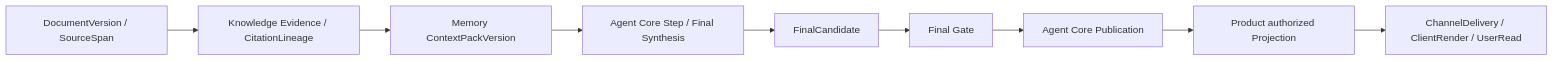
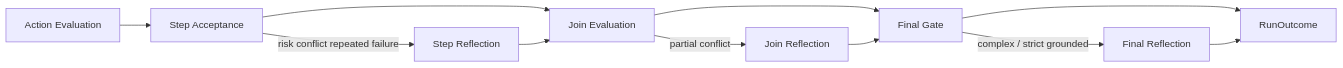
Before and after one commit to ProfessorZhi/Zuno: the fifth of 17 diagrams in docs/architecture/architecture-views.md, drawn with Mermaid. The commit also changed other lines of this file, not shown here.

Commit message:
docs(architecture): refresh architecture v2 visual atlas [agent=chatgpt model=gpt-5.6-thinking worker=chatgpt-architecture-v2-001]

````diff
--- a/docs/architecture/architecture-views.md
+++ b/docs/architecture/architecture-views.md
@@ -58,11 +151,13 @@
 ```mermaid
 flowchart LR
-  SOURCE[DocumentVersion / SourceSpan] --> EVID[Knowledge Evidence / CitationLineage]
-  EVID --> CONTEXT[Memory ContextPackVersion]
-  CONTEXT --> CORE[Agent Core Step / Final Synthesis]
-  CORE --> CAND[FinalCandidate]
-  CAND --> GATE[Final Gate]
-  GATE --> PUB[Agent Core Publication]
-  PUB --> VIEW[Product authorized Projection]
-  VIEW --> DELIVERY[ChannelDelivery / ClientRender / UserRead]
+    A[Action Evaluation] --> B[Step Acceptance]
+    B -->|risk conflict repeated failure| C[Step Reflection]
+    B --> D[Join Evaluation]
+    C --> D
+    D -->|partial conflict| E[Join Reflection]
+    D --> F[Final Gate]
+    E --> F
+    F -->|complex / strict grounded| G[Final Reflection]
+    F --> H[RunOutcome]
+    G --> H
 ```
````
